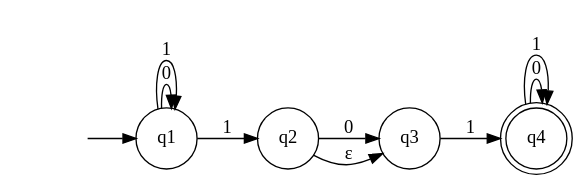
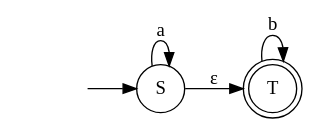
Before and after one commit to haziqfaiz-mmu/reg-grammar-to-nfa: the diagram in NFA Visualization.gv, drawn with Graphviz. The commit also changed 8 other files, not shown here.

```diff
--- a/NFA Visualization.gv
+++ b/NFA Visualization.gv
@@ -1,17 +1,10 @@
 digraph "NFA Visualization" {
 	graph [rankdir=LR]
 	"" [label="" shape=plaintext]
-	q4 [label=q4 shape=doublecircle]
-	q1 [label=q1 shape=circle]
-	q3 [label=q3 shape=circle]
-	q2 [label=q2 shape=circle]
-	"" -> q1 [label=""]
-	q1 -> q1 [label=0]
-	q1 -> q1 [label=1]
-	q1 -> q2 [label=1]
-	q2 -> q3 [label=0]
-	q2 -> q3 [label="ε"]
-	q3 -> q4 [label=1]
-	q4 -> q4 [label=0]
-	q4 -> q4 [label=1]
+	T [label=T shape=doublecircle]
+	S [label=S shape=circle]
+	"" -> S [label=""]
+	S -> S [label=a]
+	S -> T [label="ε"]
+	T -> T [label=b]
 }
```
